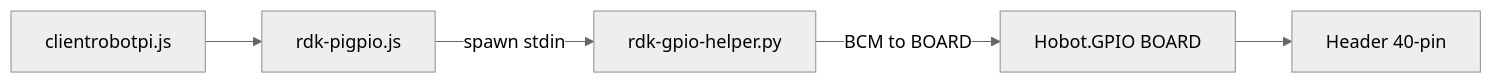
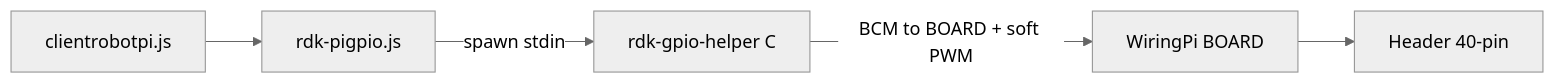
One commit to XimunMendiburu-git/vigibot-rdk-x5 changed the diagram in docs/gpio-mapping.md. Above: the diagram before and after it, drawn with Mermaid (neutral theme). The commit also changed other lines of this file and 13 other files, not shown here.

Commit message:
Improve GPIO reliability with a native WiringPi helper.

````diff
--- a/docs/gpio-mapping.md
+++ b/docs/gpio-mapping.md
@@ -41,12 +41,12 @@
 ```mermaid
 flowchart LR
   Node[clientrobotpi.js]
   RdkJs[rdk-pigpio.js]
-  Helper[rdk-gpio-helper.py]
-  Hobot[Hobot.GPIO BOARD]
+  Helper[rdk-gpio-helper C]
+  WiringPi[WiringPi BOARD]
   Pins[Header 40-pin]
   Node --> RdkJs
   RdkJs -->|"spawn stdin"| Helper
-  Helper -->|"BCM to BOARD"| Hobot
-  Hobot --> Pins
+  Helper -->|"BCM to BOARD + soft PWM"| WiringPi
+  WiringPi --> Pins
 ```
````
